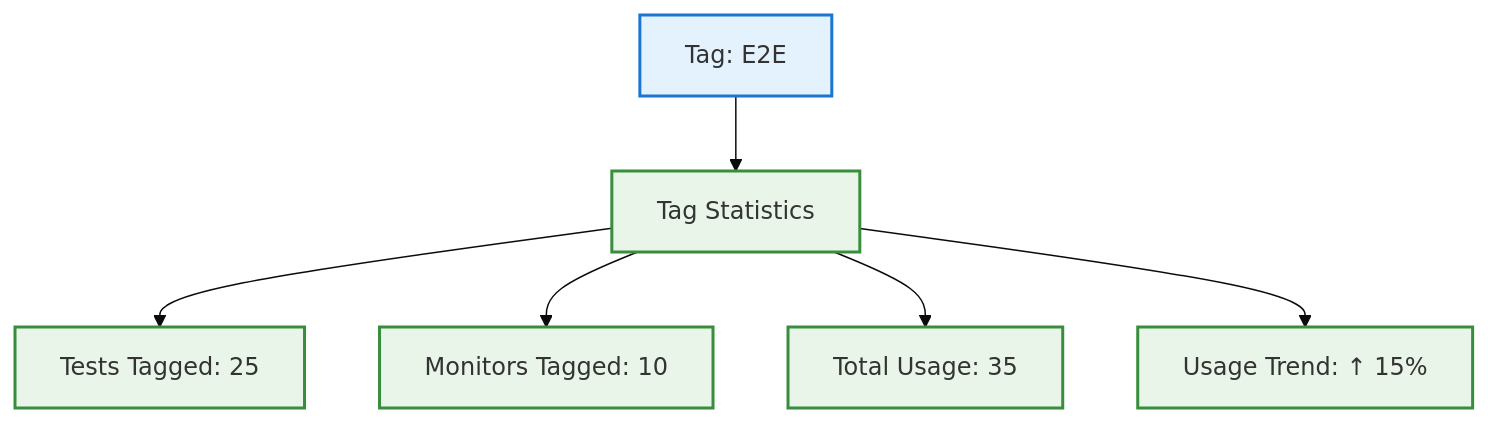
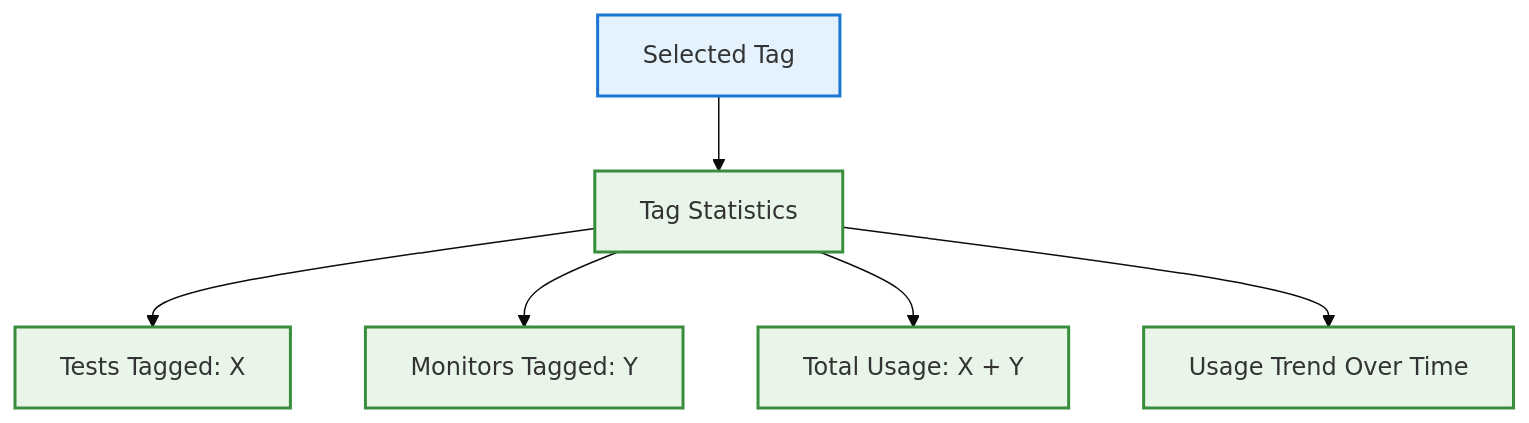
Before and after one commit to supercheck-io/supercheck: diagram 11 of 12 in specs/05-features/tag-system.md, drawn with Mermaid (base theme). The commit also changed other lines of this file, not shown here.

First line of the commit message:
Fix tag-system.md: correct Mermaid syntax and clarify user-defined colors

````diff
--- a/specs/05-features/tag-system.md
+++ b/specs/05-features/tag-system.md
@@ -317,15 +321,15 @@
 ```mermaid
 graph TB
-    TAG[Tag: E2E] --> STATS[Tag Statistics]
+    TAG[Selected Tag] --> STATS[Tag Statistics]
 
-    STATS --> COUNT1[Tests Tagged: 25]
-    STATS --> COUNT2[Monitors Tagged: 10]
-    STATS --> USAGE[Total Usage: 35]
-    STATS --> TREND[Usage Trend: ↑ 15%]
+    STATS --> COUNT1[Tests Tagged: X]
+    STATS --> COUNT2[Monitors Tagged: Y]
+    STATS --> USAGE[Total Usage: X + Y]
+    STATS --> TREND[Usage Trend Over Time]
 
     classDef tag fill:#e3f2fd,stroke:#1976d2,stroke-width:2px
     classDef stat fill:#e8f5e8,stroke:#388e3c,stroke-width:2px
 
     class TAG tag
     class STATS,COUNT1,COUNT2,USAGE,TREND stat
 ```
````
